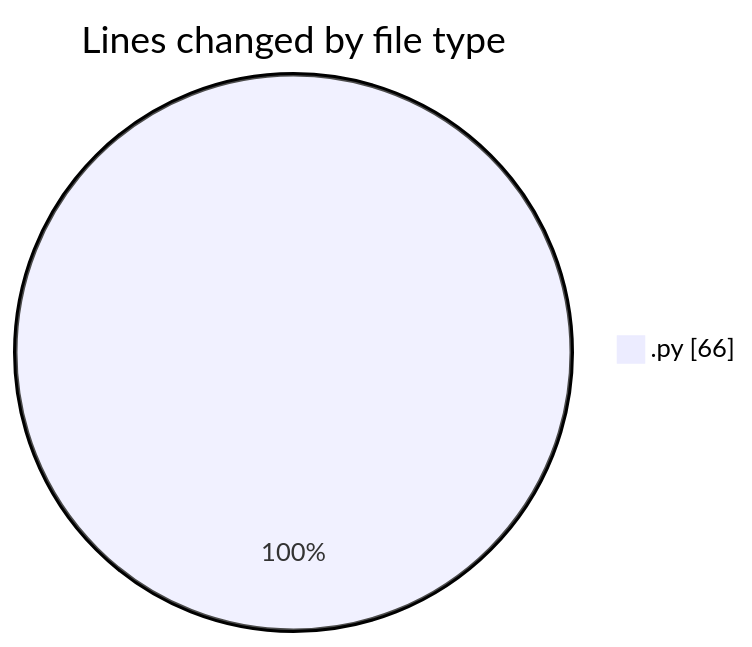
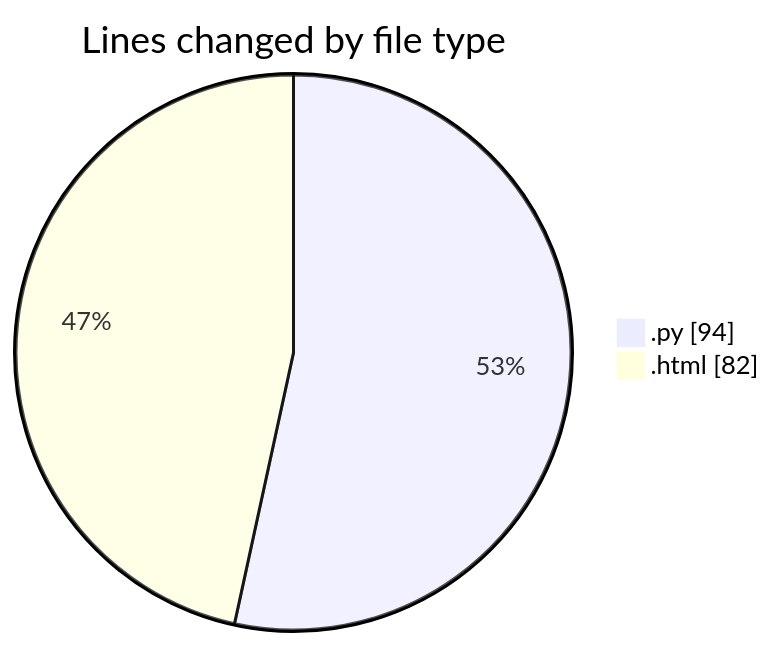
One commit to FelipKnott/code-tracking changed the first of 2 diagrams in 2025-07-17/projeto_sistema/README.md. Above: the diagram before and after it, drawn with Mermaid. The commit also changed other lines of this file and 1 other file, not shown here.

````diff
--- a/2025-07-17/projeto_sistema/README.md
+++ b/2025-07-17/projeto_sistema/README.md
@@ -20,5 +23,6 @@
 ```mermaid
 pie showData
 title Lines changed by file type
-".py" : 66
+".py" : 94
+".html" : 82
 ```
````
